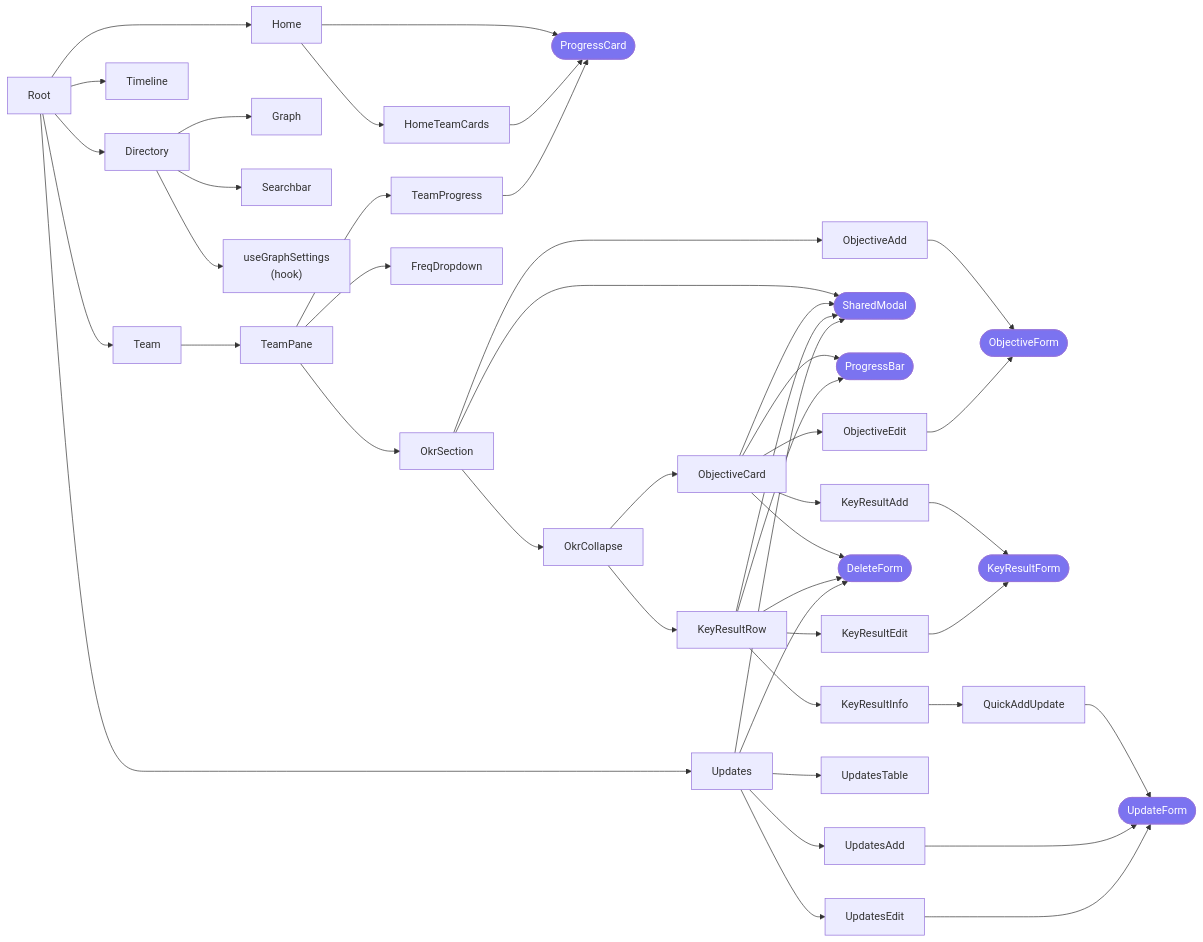
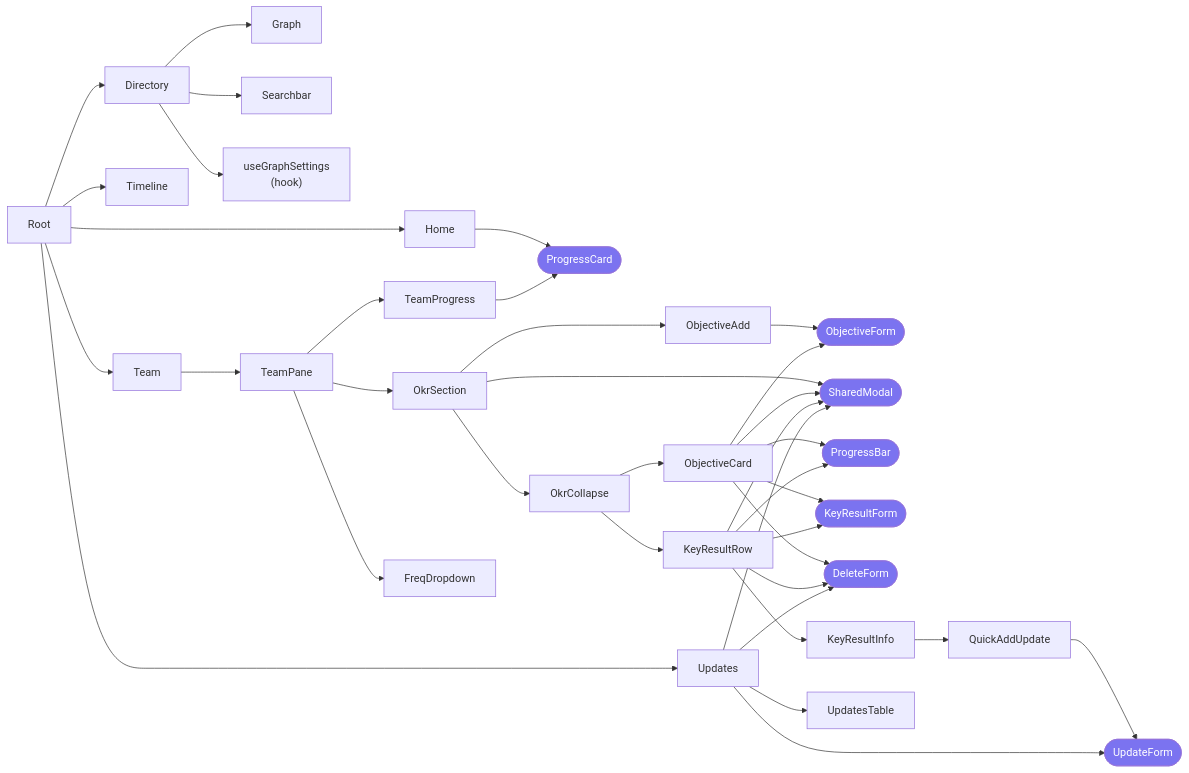
One commit to chrischow/rokr changed the second of 6 diagrams in dev/README.md. Above: the diagram before and after it, drawn with Mermaid. The commit also changed other lines of this file, not shown here.

````diff
--- a/dev/README.md
+++ b/dev/README.md
@@ -69,66 +94,56 @@
 ```mermaid
 graph LR
   %% Top-level components
   Root --> Home
   Root --> Team
   Root --> Updates
   Root --> Timeline
   Root --> Directory
   
   %%Directory
   Directory --> Graph
   Directory --> Searchbar
   Directory --> UGS["useGraphSettings<br>(hook)"]
 
   %% Home
-  Home --> HomeTeamCards
   Home --> PC([ProgressCard])
-  HomeTeamCards --> PC
 
   %% Team
   Team --> TeamPane
   TeamPane --> TeamProgress
   TeamPane --> OkrSection
   TeamPane --> FreqDropdown
 
   TeamProgress --> PC
 
   OkrSection --> ObjectiveAdd
   OkrSection --> OkrCollapse
+  ObjectiveAdd --> OF([ObjectiveForm])
   OkrSection --> SM([SharedModal])
-  ObjectiveAdd --> OF([ObjectiveForm])
 
   OkrCollapse --> KeyResultRow
   OkrCollapse --> ObjectiveCard
 
   ObjectiveCard --> SM
   ObjectiveCard --> PB([ProgressBar])
-  ObjectiveCard --> ObjectiveEdit
-  ObjectiveCard --> KeyResultAdd
+  ObjectiveCard --> OF
+  ObjectiveCard --> KRF([KeyResultForm])
   ObjectiveCard --> DF([DeleteForm])
-
-  ObjectiveEdit --> OF
-  KeyResultAdd --> KRF([KeyResultForm])
 
   KeyResultRow --> PB
   KeyResultRow --> SM
   KeyResultRow --> KeyResultInfo
-  KeyResultRow --> KeyResultEdit
+  KeyResultRow --> KRF
   KeyResultRow --> DF
 
-  KeyResultEdit --> KRF
   KeyResultInfo --> QuickAddUpdate
   QuickAddUpdate --> UF([UpdateForm])
 
   Updates --> SM
   Updates --> UpdatesTable
-  Updates --> UpdatesAdd
-  Updates --> UpdatesEdit
+  Updates --> UF
   Updates --> DF
-
-  UpdatesAdd --> UF
-  UpdatesEdit --> UF
 
   classDef shared fill:#7b73f0,color:white
   class PC,SM,DF,UF,OF,KRF,PB shared
 ```
````
